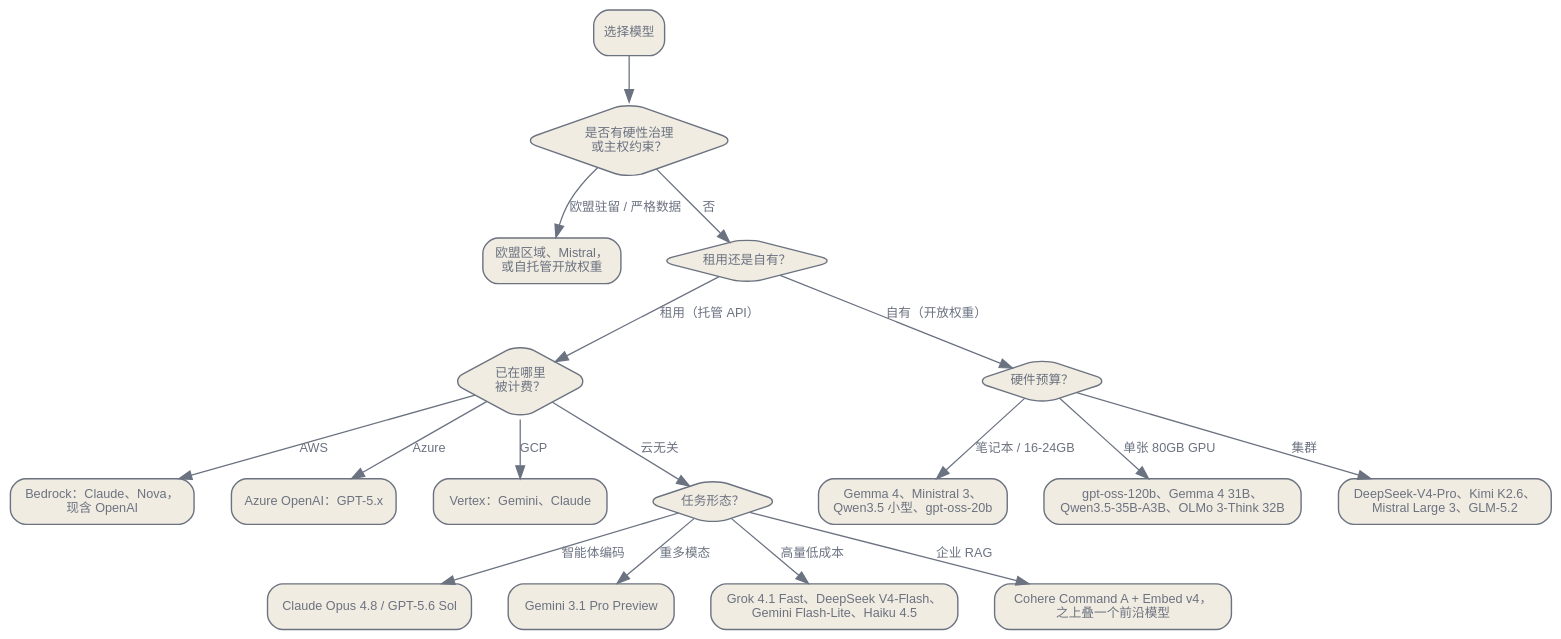
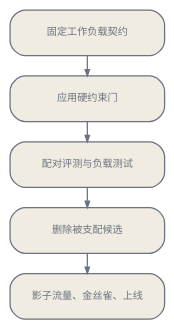
The first of 2 diagrams in zh/practice/01-choosing-a-model.qmd (latere-ai/ai-as-an-infrastructure), drawn with Graphviz before and after one commit. The commit also changed other lines of this file and 4 other files, not shown here.

````diff
--- a/zh/practice/01-choosing-a-model.qmd
+++ b/zh/practice/01-choosing-a-model.qmd
@@ -100,49 +26,19 @@
 ```{dot}
 //| label: fig-model-decision
-//| fig-cap: "2026 年年中挑选模型的决策顺序。计费所在的云和治理约束，通常比质量更早决定选择。"
+//| fig-cap: "把模型选型视为带门槛的决策。先定义工作负载，淘汰不合格系统，测量其余候选，删除被支配选项，再逐步发布获选配置。"
 digraph {
   bgcolor="transparent";
   rankdir=TB;
-  nodesep=0.4; ranksep=0.5;
-  node [shape=box, style="rounded,filled", fontname="Helvetica", fontsize=10, color="#6b7280", fontcolor="#6b7280", fillcolor="#f1ece1", penwidth=1.1];
-  edge [fontsize=10, fontname="Helvetica", color="#6b7280", fontcolor="#6b7280"];
+  nodesep=0.12; ranksep=0.22;
+  node [shape=box, style="rounded,filled", fontname="Helvetica", fontsize=8, color="#6b7280", fontcolor="#6b7280", fillcolor="#f1ece1", margin="0.05,0.03", width=1.7];
+  edge [fontsize=7, fontname="Helvetica", color="#6b7280", fontcolor="#6b7280", arrowsize=0.5];
 
-  start [label="选择模型"];
-  gov [label="是否有硬性治理\n或主权约束？", shape=diamond];
-  sov [label="欧盟区域、Mistral，\n或自托管开放权重"];
-  host [label="租用还是自有？", shape=diamond];
-  cloud [label="已在哪里\n被计费？", shape=diamond];
-  bedrock [label="Bedrock：Claude、Nova，\n现含 OpenAI"];
-  azure [label="Azure OpenAI：GPT-5.x"];
-  vertex [label="Vertex：Gemini、Claude"];
-  hw [label="硬件预算？", shape=diamond];
-  small [label="Gemma 4、Ministral 3、\nQwen3.5 小型、gpt-oss-20b"];
-  mid [label="gpt-oss-120b、Gemma 4 31B、\nQwen3.5-35B-A3B、OLMo 3-Think 32B"];
-  big [label="DeepSeek-V4-Pro、Kimi K2.6、\nMistral Large 3、GLM-5.2"];
-  task [label="任务形态？", shape=diamond];
-  code [label="Claude Opus 4.8 / GPT-5.6 Sol"];
-  mm [label="Gemini 3.1 Pro Preview"];
-  cheap [label="Grok 4.1 Fast、DeepSeek V4-Flash、\nGemini Flash-Lite、Haiku 4.5"];
-  rag [label="Cohere Command A + Embed v4，\n之上叠一个前沿模型"];
+  contract [label="固定工作负载契约"];
+  gate [label="应用硬约束门"];
+  measure [label="配对评测与负载测试"];
+  frontier [label="删除被支配候选"];
+  rollout [label="影子流量、金丝雀、上线"];
 
-  start -> gov;
-  gov -> sov [label="欧盟驻留 / 严格数据"];
-  gov -> host [label="否"];
-
-  host -> cloud [label="租用（托管 API）"];
-  cloud -> bedrock [label="AWS"];
-  cloud -> azure [label="Azure"];
-  cloud -> vertex [label="GCP"];
-  cloud -> task [label="云无关"];
-
-  host -> hw [label="自有（开放权重）"];
-  hw -> small [label="笔记本 / 16-24GB"];
-  hw -> mid [label="单张 80GB GPU"];
-  hw -> big [label="集群"];
-
-  task -> code [label="智能体编码"];
-  task -> mm [label="重多模态"];
-  task -> cheap [label="高量低成本"];
-  task -> rag [label="企业 RAG"];
+  contract -> gate -> measure -> frontier -> rollout;
 }
 ```
````
